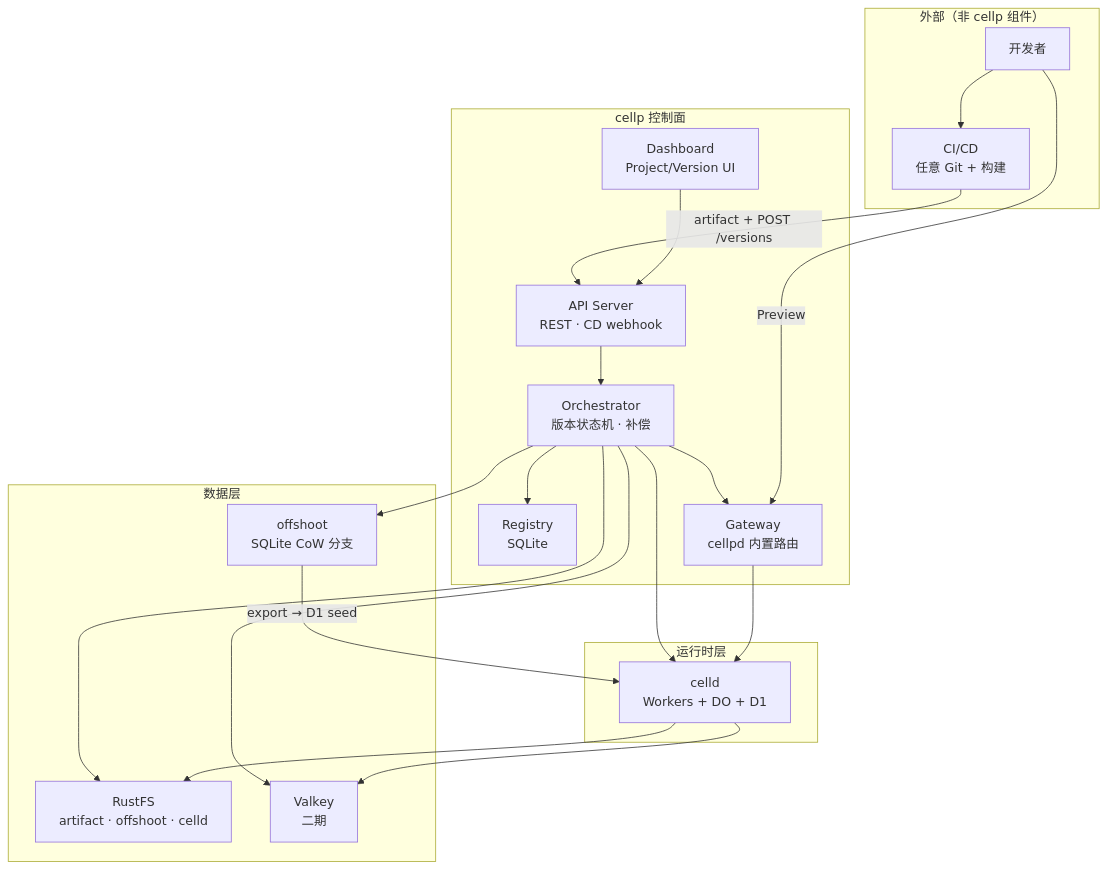
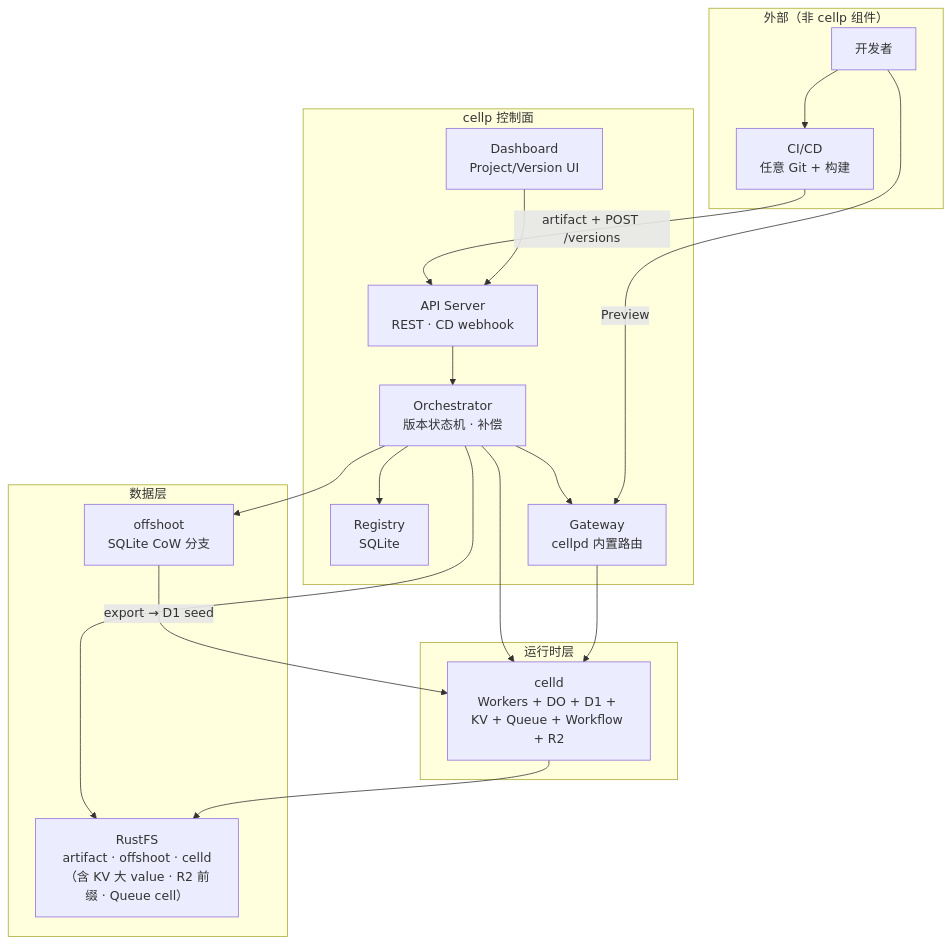
The first of 5 diagrams in DESIGN.md (KonghaYao/cellp), drawn with Mermaid before and after one commit. The commit also changed other lines of this file and 100 other files, not shown here.

First line of the commit message:
Add Phase 7 bindings (KV/Queue/Workflow) with Dashboard and demo seed.

````diff
--- a/DESIGN.md
+++ b/DESIGN.md
@@ -43,41 +50,38 @@
 ```mermaid
 flowchart TB
   subgraph external ["外部（非 cellp 组件）"]
     Dev["开发者"]
     CI["CI/CD<br/>任意 Git + 构建"]
   end
 
   subgraph cellp ["cellp 控制面"]
     API["API Server<br/>REST · CD webhook"]
     ORCH["Orchestrator<br/>版本状态机 · 补偿"]
     REG["Registry<br/>SQLite"]
     GW["Gateway<br/>cellpd 内置路由"]
     DASH["Dashboard<br/>Project/Version UI"]
   end
 
   subgraph runtime ["运行时层"]
-    CLD["celld<br/>Workers + DO + D1"]
+    CLD["celld<br/>Workers + DO + D1 + KV + Queue + Workflow + R2"]
   end
 
   subgraph data ["数据层"]
     OS["offshoot<br/>SQLite CoW 分支"]
-    OBJ["RustFS<br/>artifact · offshoot · celld"]
-    KV["Valkey<br/>二期"]
+    OBJ["RustFS<br/>artifact · offshoot · celld（含 KV 大 value · R2 前缀 · Queue cell）"]
   end
 
   Dev --> CI
   CI -->|"artifact + POST /versions"| API
   API --> ORCH
   ORCH --> REG
   ORCH --> OS
   ORCH --> CLD
   ORCH --> OBJ
-  ORCH --> KV
   ORCH --> GW
   DASH --> API
   Dev -->|"Preview"| GW
   GW --> CLD
   OS -->|"export → D1 seed"| CLD
   CLD --> OBJ
-  CLD --> KV
 ```
````
